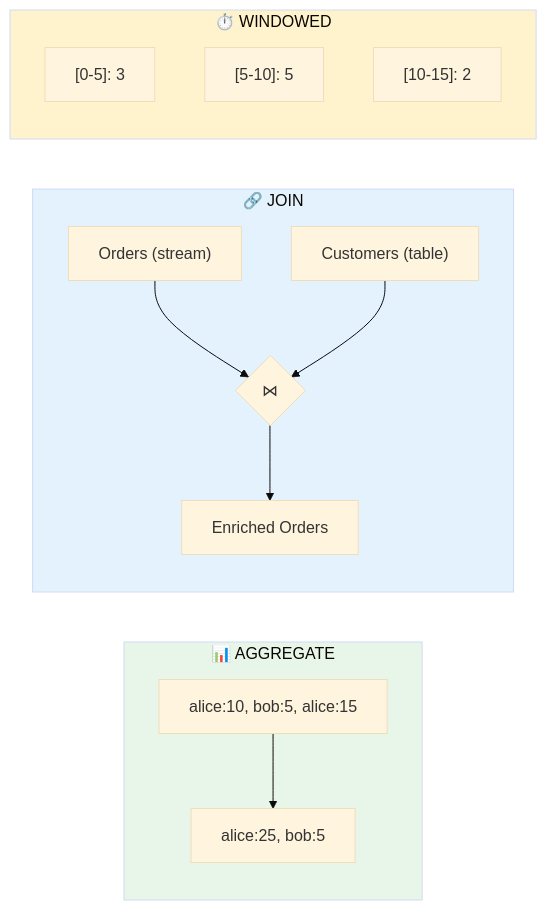
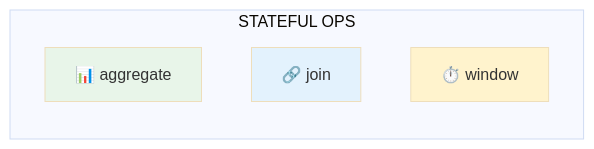
Before and after one commit to msellamiTN/kafka-bhf: the fifth of 6 diagrams in formation-v2/day-02-development/module-05-kafka-streams/README.md, drawn with Mermaid (base theme). The commit also changed other lines of this file and 4 other files, not shown here.

Commit message:
refactor: reorganize Mermaid diagrams - more compact and readable

````diff
--- a/formation-v2/day-02-development/module-05-kafka-streams/README.md
+++ b/formation-v2/day-02-development/module-05-kafka-streams/README.md
@@ -154,22 +124,12 @@
 ```mermaid
 flowchart LR
-    subgraph agg["📊 AGGREGATE"]
-        IN1["alice:10, bob:5, alice:15"] --> OUT1["alice:25, bob:5"]
+    subgraph stateful["STATEFUL OPS"]
+        AGG["📊 aggregate"]
+        JOIN["🔗 join"]
+        WIN["⏱️ window"]
     end
     
-    subgraph join["🔗 JOIN"]
-        ORD["Orders (stream)"] --> J{"⋈"}
-        CUST["Customers (table)"] --> J
-        J --> ENR["Enriched Orders"]
-    end
-    
-    subgraph window["⏱️ WINDOWED"]
-        W1["[0-5]: 3"]
-        W2["[5-10]: 5"]
-        W3["[10-15]: 2"]
-    end
-    
-    style agg fill:#e8f5e9
-    style join fill:#e3f2fd
-    style window fill:#fff3cd
+    style AGG fill:#e8f5e9
+    style JOIN fill:#e3f2fd
+    style WIN fill:#fff3cd
 ```
````
